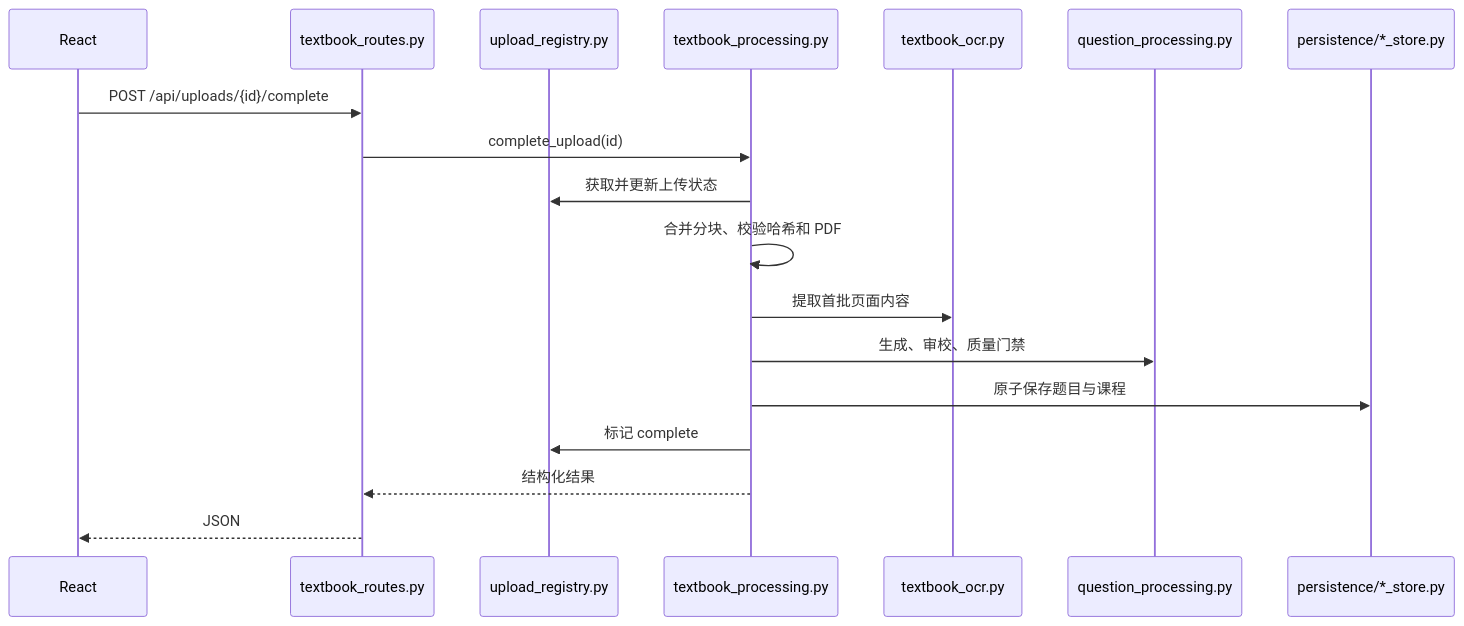
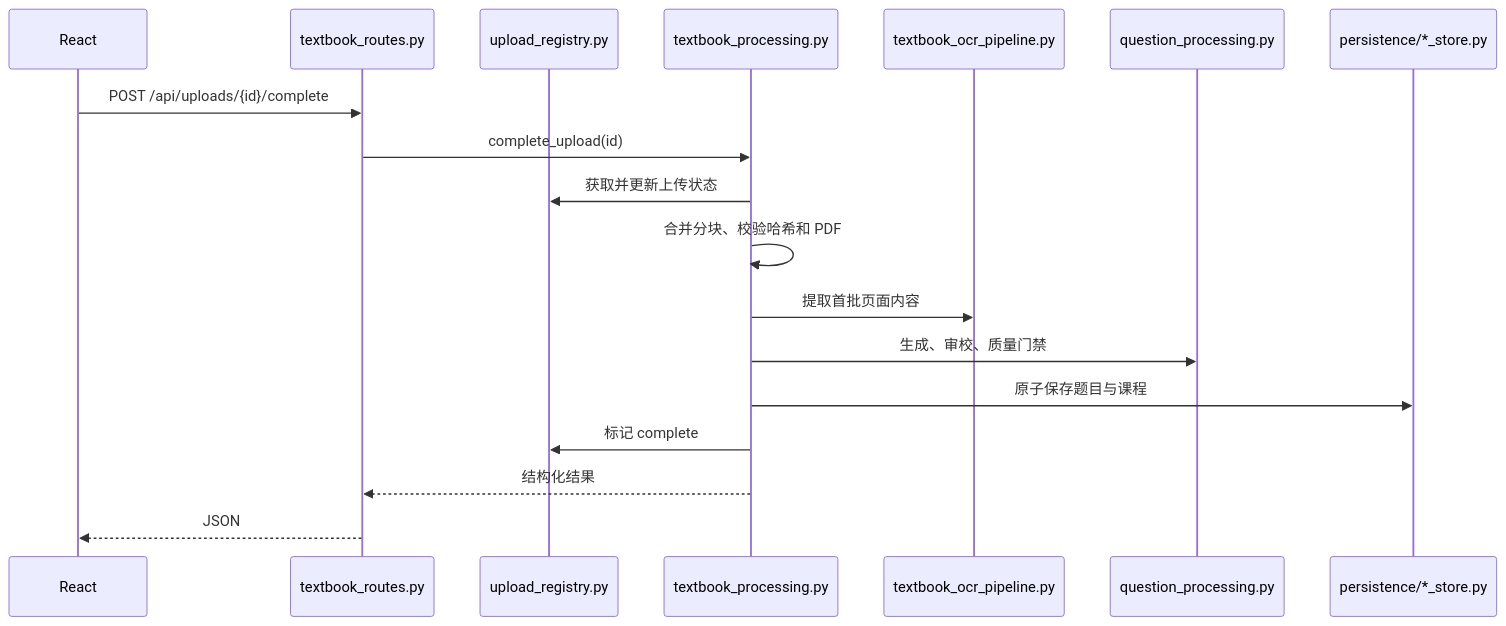
Before and after one commit to ningkaikok/dotty-tutor: the second of 2 diagrams in docs/backend-learning-guide.md, drawn with Mermaid. The commit also changed other lines of this file and 15 other files, not shown here.

````diff
--- a/docs/backend-learning-guide.md
+++ b/docs/backend-learning-guide.md
@@ -47,21 +47,21 @@
 ```mermaid
 sequenceDiagram
   participant UI as React
   participant Route as textbook_routes.py
   participant Registry as upload_registry.py
   participant Service as textbook_processing.py
-  participant OCR as textbook_ocr.py
+  participant OCR as textbook_ocr_pipeline.py
   participant Pipeline as question_processing.py
   participant Store as persistence/*_store.py
 
   UI->>Route: POST /api/uploads/{id}/complete
   Route->>Service: complete_upload(id)
   Service->>Registry: 获取并更新上传状态
   Service->>Service: 合并分块、校验哈希和 PDF
   Service->>OCR: 提取首批页面内容
   Service->>Pipeline: 生成、审校、质量门禁
   Service->>Store: 原子保存题目与课程
   Service->>Registry: 标记 complete
   Service-->>Route: 结构化结果
   Route-->>UI: JSON
 ```
````
